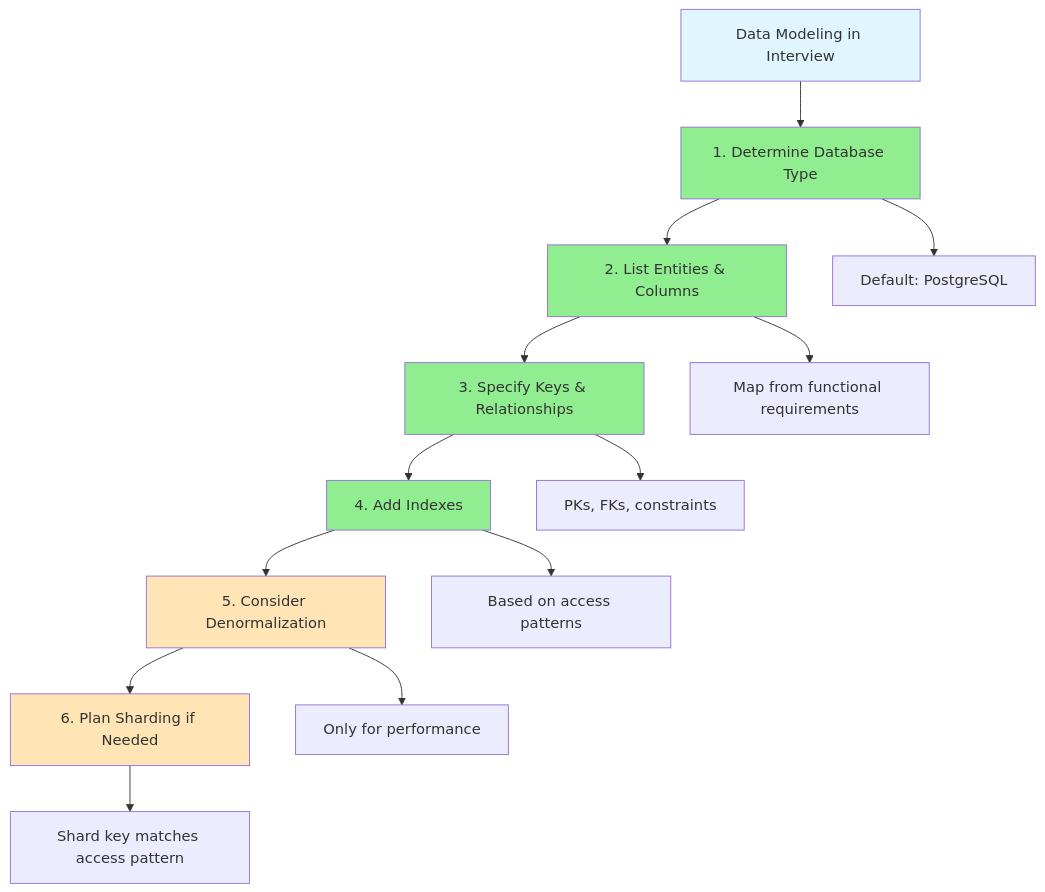
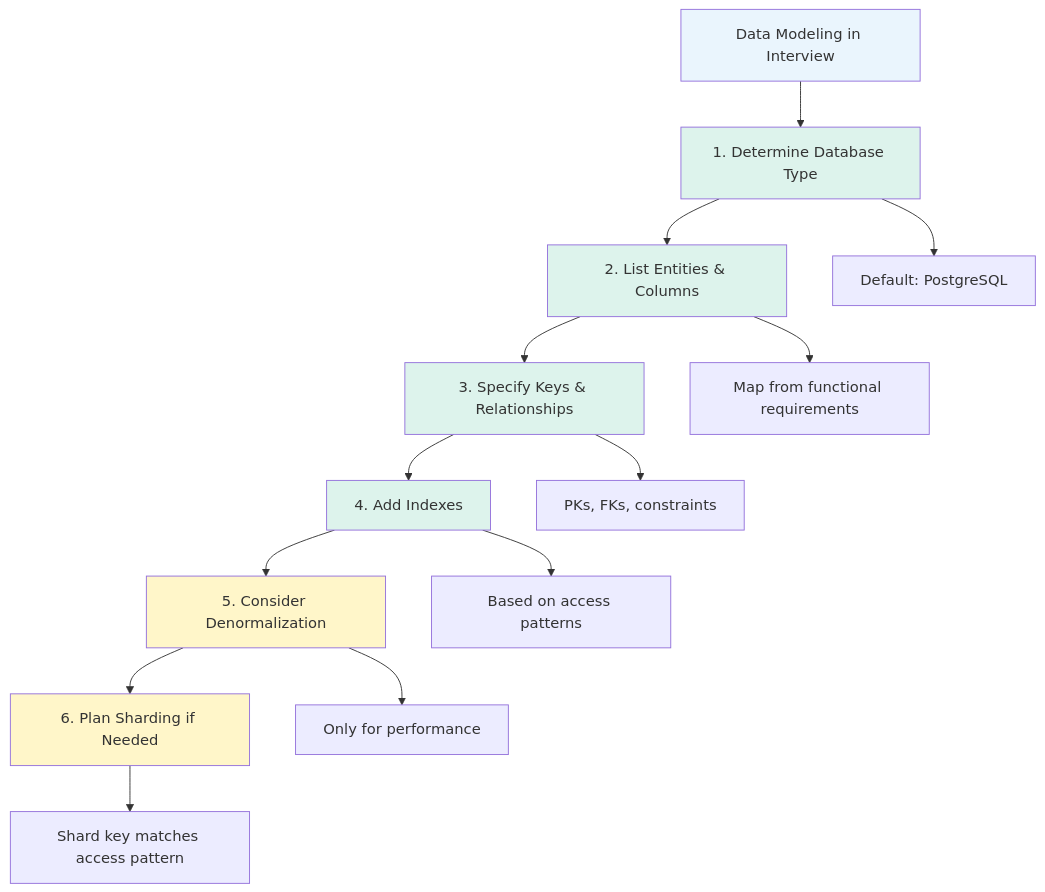
Before and after one commit to cartmancodes/InterviewVault: diagram 20 of 27 in LLD/CoreConcepts/DataModelling.md, drawn with Mermaid. The commit also changed other lines of this file and 679 other files, not shown here.

Commit message:
Unify content diagrams and add accessible visual walkthroughs

````diff
--- a/LLD/CoreConcepts/DataModelling.md
+++ b/LLD/CoreConcepts/DataModelling.md
@@ -839,26 +839,26 @@
 ```mermaid
 flowchart TB
     START[Data Modeling in Interview]
     
     START --> S1[1. Determine Database Type]
     S1 --> S2[2. List Entities & Columns]
     S2 --> S3[3. Specify Keys & Relationships]
     S3 --> S4[4. Add Indexes]
     S4 --> S5[5. Consider Denormalization]
     S5 --> S6[6. Plan Sharding if Needed]
     
     S1 --> S1A[Default: PostgreSQL]
     S2 --> S2A[Map from functional requirements]
     S3 --> S3A[PKs, FKs, constraints]
     S4 --> S4A[Based on access patterns]
     S5 --> S5A[Only for performance]
     S6 --> S6A[Shard key matches access pattern]
     
-    style START fill:#e1f5ff
-    style S1 fill:#90EE90
-    style S2 fill:#90EE90
-    style S3 fill:#90EE90
-    style S4 fill:#90EE90
-    style S5 fill:#FFE4B5
-    style S6 fill:#FFE4B5
+    style START fill:#EAF5FD
+    style S1 fill:#DDF3EC
+    style S2 fill:#DDF3EC
+    style S3 fill:#DDF3EC
+    style S4 fill:#DDF3EC
+    style S5 fill:#FFF6C9
+    style S6 fill:#FFF6C9
 ```
````
